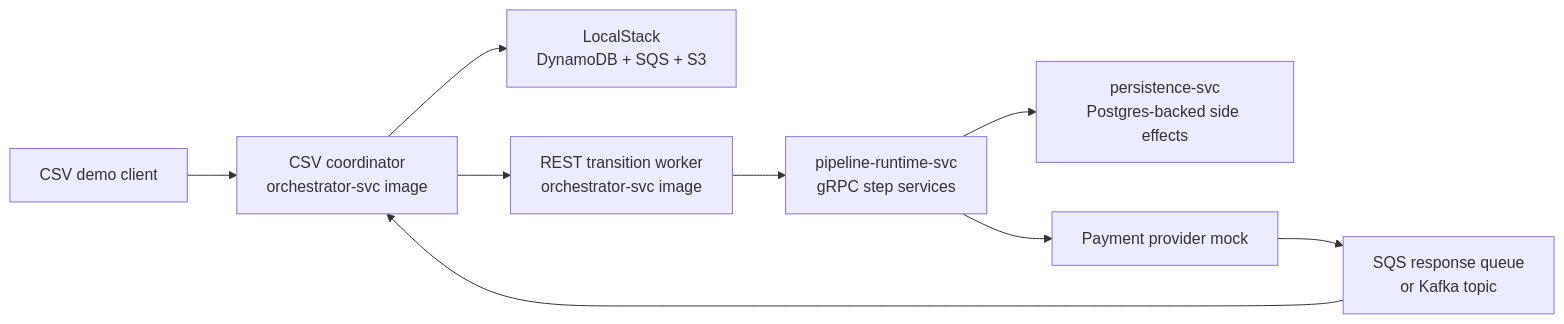
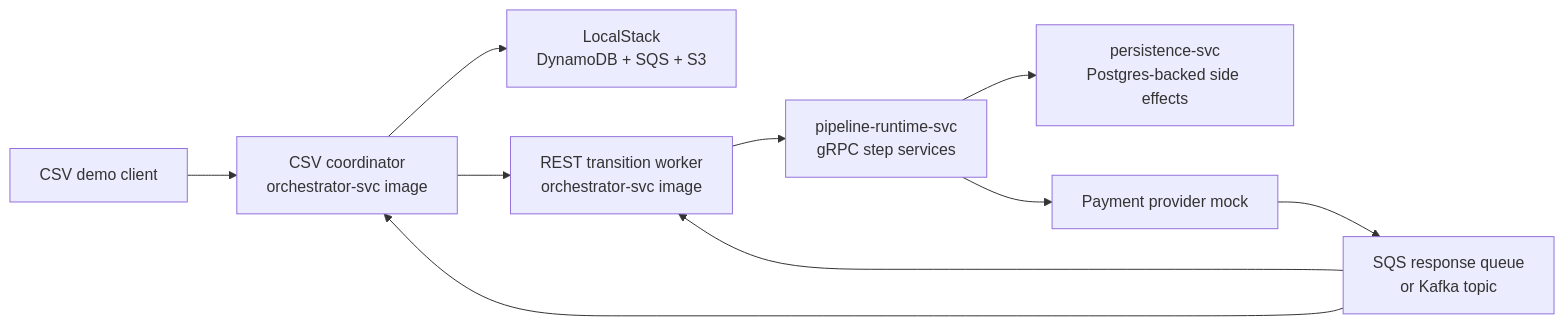
One commit to The-Pipeline-Framework/pipelineframework changed the fifth of 6 diagrams in docs/evolve/durable-coordinator/coordinator-worker-topology.md. Above: the diagram before and after it, drawn with Mermaid. The commit also changed other lines of this file and 3 other files, not shown here.

````diff
--- a/docs/evolve/durable-coordinator/coordinator-worker-topology.md
+++ b/docs/evolve/durable-coordinator/coordinator-worker-topology.md
@@ -132,11 +132,12 @@
 ```mermaid
 flowchart LR
     Client["CSV demo client"] --> Coord["CSV coordinator<br/>orchestrator-svc image"]
     Coord --> LocalStack["LocalStack<br/>DynamoDB + SQS + S3"]
     Coord --> TWorker["REST transition worker<br/>orchestrator-svc image"]
     TWorker --> Runtime["pipeline-runtime-svc<br/>gRPC step services"]
     Runtime --> Persistence["persistence-svc<br/>Postgres-backed side effects"]
     Runtime --> AwaitProvider["Payment provider mock"]
     AwaitProvider --> AwaitSubstrate["SQS response queue<br/>or Kafka topic"]
     AwaitSubstrate --> Coord
+    AwaitSubstrate --> TWorker
 ```
````
